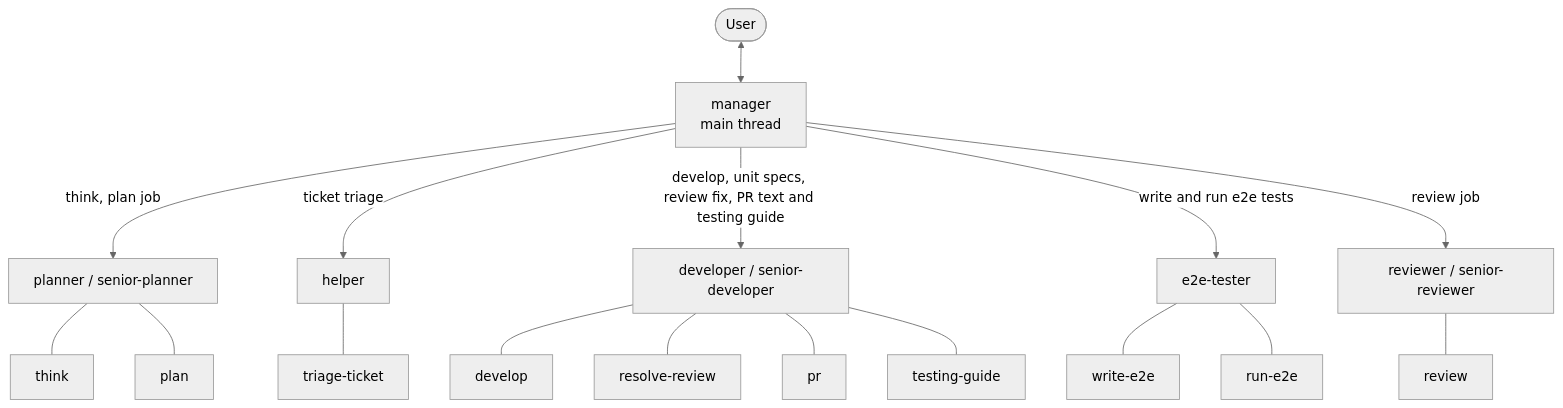
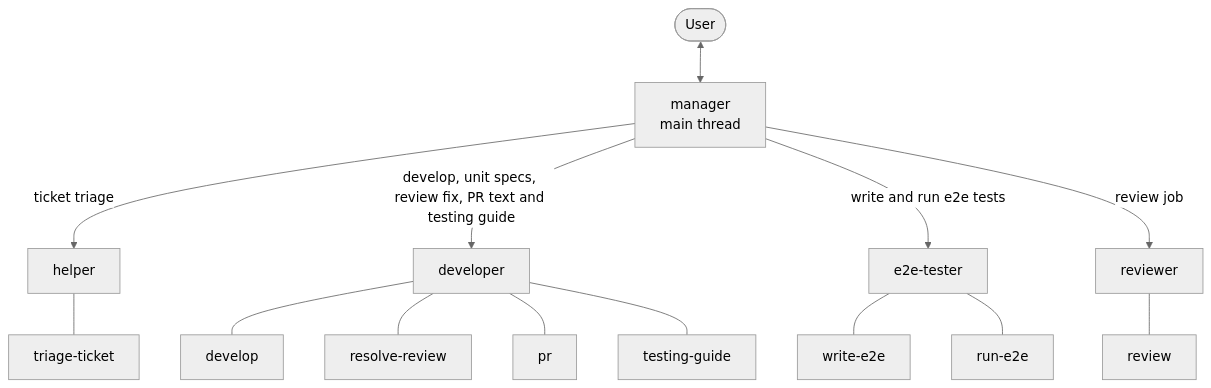
The first of 3 diagrams in docs/architecture/ARCHITECTURE.md (le0u0/just-do-it), drawn with Mermaid (neutral theme) before and after one commit. The commit also changed other lines of this file and 21 other files, not shown here.

First line of the commit message:
feat: merge think into plan and replace agent files with manager-set roles

````diff
--- a/docs/architecture/ARCHITECTURE.md
+++ b/docs/architecture/ARCHITECTURE.md
@@ -7,15 +7,13 @@
 ```mermaid
 flowchart TD
     U([User]) <--> M[manager<br/>main thread]
-    M -->|think, plan job| P[planner / senior-planner]
     M -->|ticket triage| H[helper]
-    M -->|develop, unit specs, review fix, PR text and testing guide| D[developer / senior-developer]
+    M -->|develop, unit specs, review fix, PR text and testing guide| D[developer]
     M -->|write and run e2e tests| E[e2e-tester]
-    M -->|review job| R[reviewer / senior-reviewer]
+    M -->|review job| R[reviewer]
 
-    P --- P1[think] & P3[plan]
     H --- H1[triage-ticket]
     D --- D1[develop] & D2[resolve-review] & D3[pr] & D4[testing-guide]
     E --- E1[write-e2e] & E2[run-e2e]
     R --- R1[review]
 ```
````
